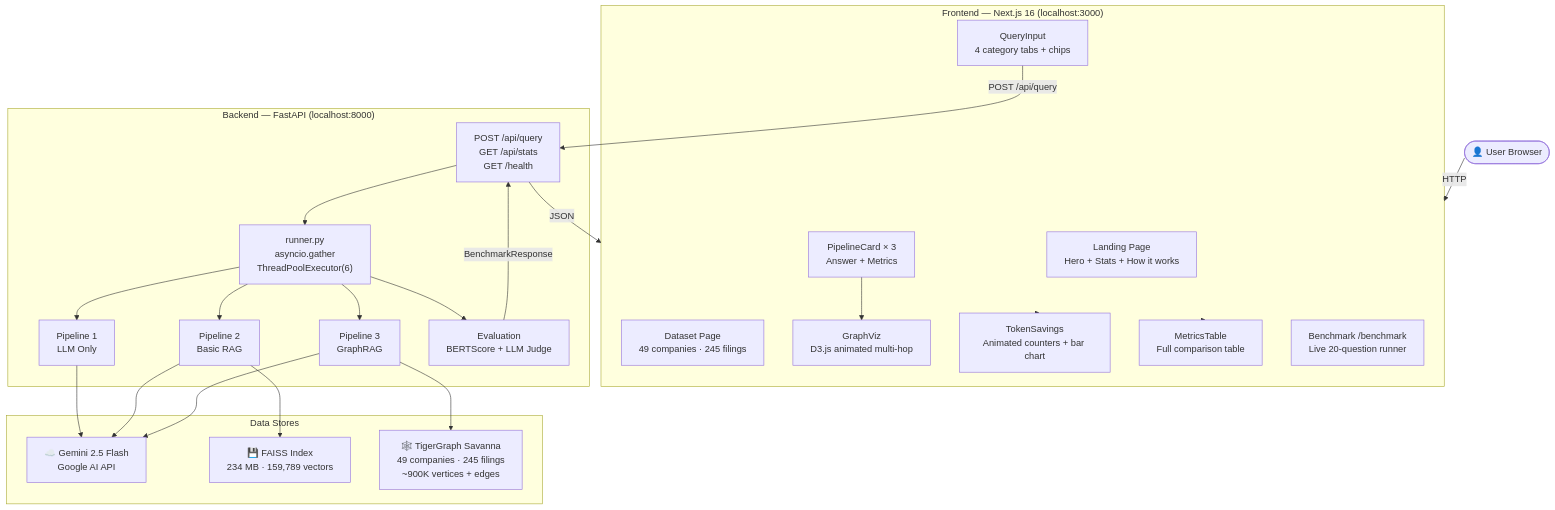
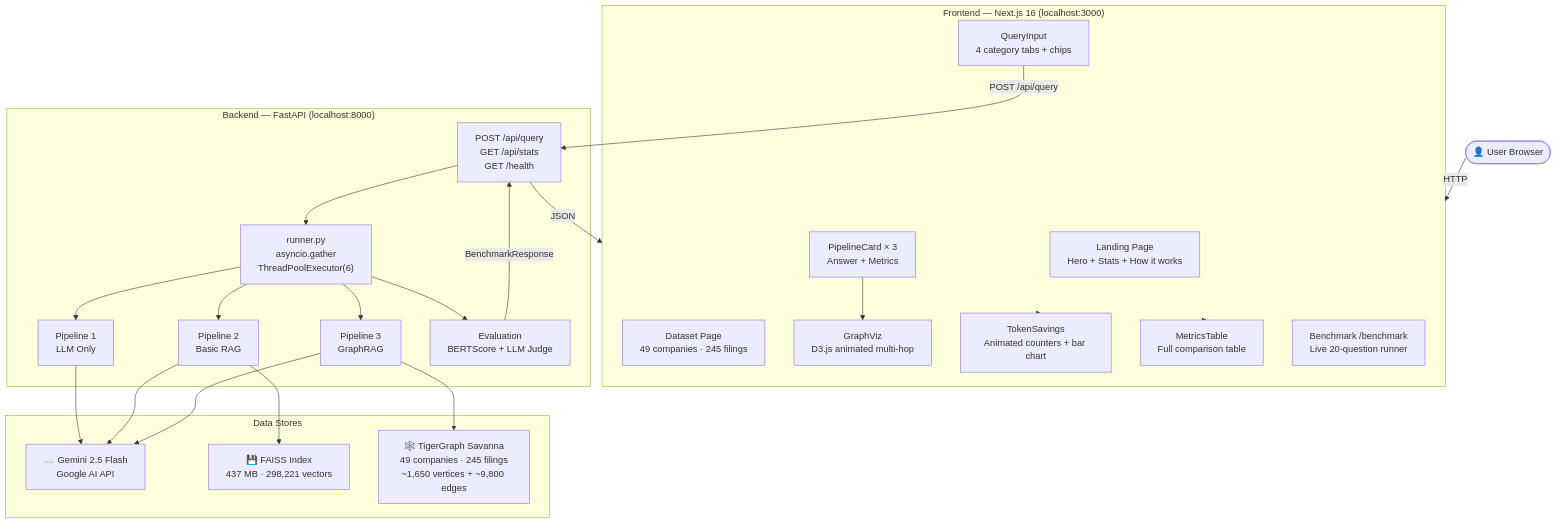
The first of 16 diagrams in architecture.md (AayushG10/graprag-evaluation-piplines), drawn with Mermaid before and after one commit. The commit also changed other lines of this file and 14 other files, not shown here.

````diff
--- a/architecture.md
+++ b/architecture.md
@@ -34,45 +34,45 @@
 ```mermaid
 graph TB
     User(["👤 User Browser"])
 
     subgraph Frontend["Frontend — Next.js 16 (localhost:3000)"]
         LP["Landing Page\nHero + Stats + How it works"]
         DS["Dataset Page\n49 companies · 245 filings"]
         QI["QueryInput\n4 category tabs + chips"]
         PC["PipelineCard × 3\nAnswer + Metrics"]
         GV["GraphViz\nD3.js animated multi-hop"]
         TS["TokenSavings\nAnimated counters + bar chart"]
         MT["MetricsTable\nFull comparison table"]
         BM["Benchmark /benchmark\nLive 20-question runner"]
     end
 
     subgraph Backend["Backend — FastAPI (localhost:8000)"]
         API["POST /api/query\nGET /api/stats\nGET /health"]
         RUN["runner.py\nasyncio.gather\nThreadPoolExecutor(6)"]
         P1["Pipeline 1\nLLM Only"]
         P2["Pipeline 2\nBasic RAG"]
         P3["Pipeline 3\nGraphRAG"]
         EVAL["Evaluation\nBERTScore + LLM Judge"]
     end
 
     subgraph DataStores["Data Stores"]
         GEMINI["☁️ Gemini 2.5 Flash\nGoogle AI API"]
-        FAISS["💾 FAISS Index\n234 MB · 159,789 vectors"]
-        TG["🕸️ TigerGraph Savanna\n49 companies · 245 filings\n~900K vertices + edges"]
+        FAISS["💾 FAISS Index\n437 MB · 298,221 vectors"]
+        TG["🕸️ TigerGraph Savanna\n49 companies · 245 filings\n~1,650 vertices + ~9,800 edges"]
     end
 
     User -->|"HTTP"| Frontend
     QI -->|"POST /api/query"| API
     API --> RUN
     RUN --> P1 & P2 & P3
     P1 --> GEMINI
     P2 --> FAISS
     P2 --> GEMINI
     P3 --> TG
     P3 --> GEMINI
     RUN --> EVAL
     EVAL -->|"BenchmarkResponse"| API
     API -->|"JSON"| Frontend
     PC --> GV
     Frontend --> TS & MT
 ```
````
